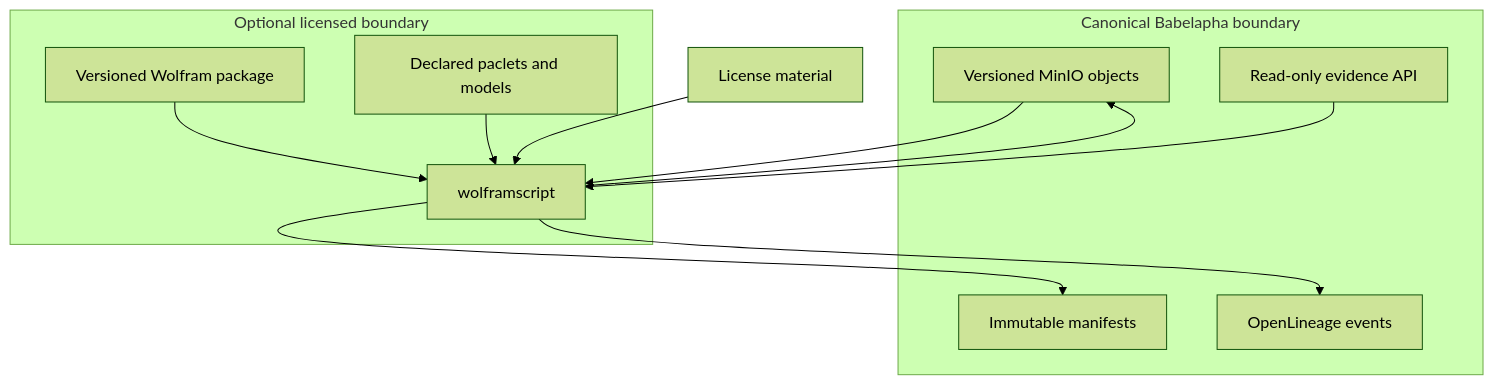
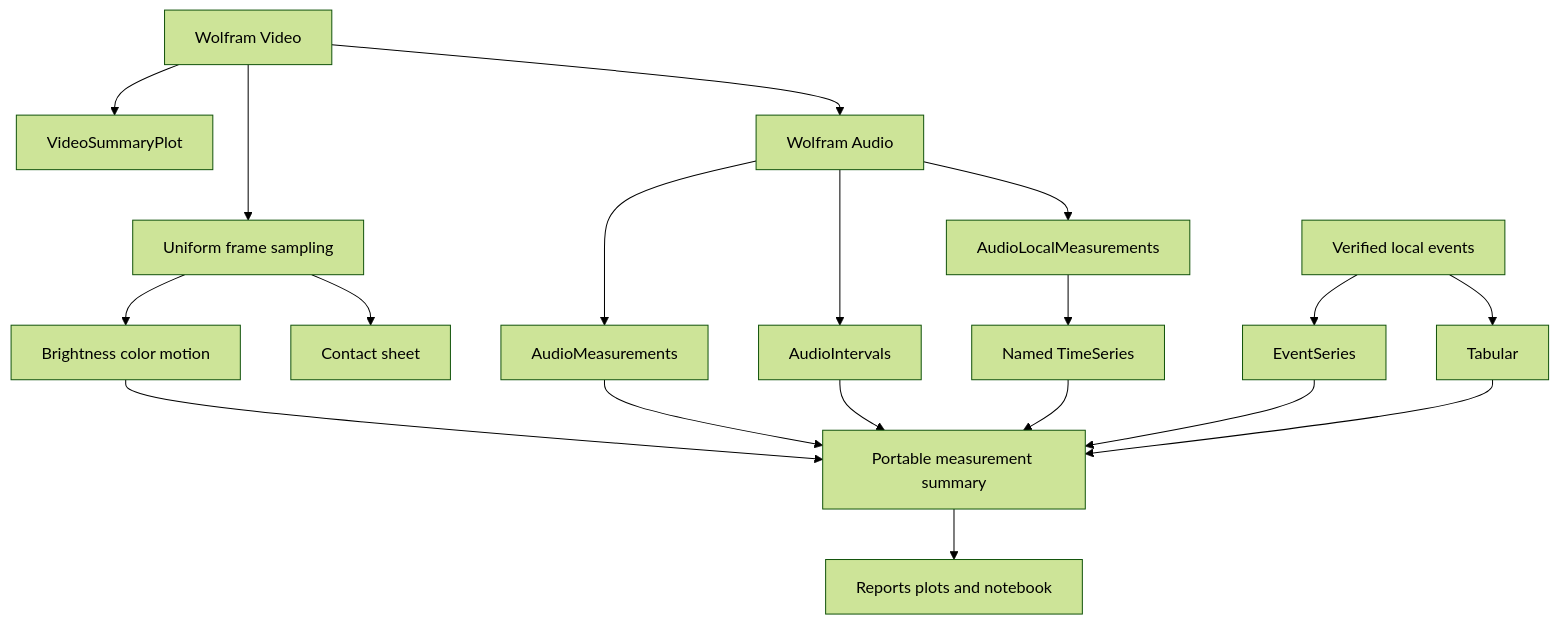
The second of 3 diagrams in Documentation/mathematica/architecture.md (KG-khangelani/babelapha), drawn with Mermaid (forest theme) before and after one commit. The commit also changed other lines of this file and 28 other files, not shown here.

````diff
--- a/Documentation/mathematica/architecture.md
+++ b/Documentation/mathematica/architecture.md
@@ -101,24 +52,21 @@
 ```mermaid
 flowchart TB
-    subgraph Canonical[Canonical Babelapha boundary]
-        MinIO[Versioned MinIO objects]
-        API[Read-only evidence API]
-        Manifests[Immutable manifests]
-        OL[OpenLineage events]
-    end
-
-    subgraph Wolfram[Optional licensed boundary]
-        WS[wolframscript]
-        WL[Versioned Wolfram package]
-        Models[Declared paclets and models]
-    end
-
-    Secrets[License material] --> WS
-    MinIO --> WS
-    API --> WS
-    WL --> WS
-    Models --> WS
-    WS --> MinIO
-    WS --> Manifests
-    WS --> OL
+    V[Wolfram Video] --> F[Uniform frame sampling]
+    F --> B[Brightness color motion]
+    F --> CS[Contact sheet]
+    V --> VS[VideoSummaryPlot]
+    V --> A[Wolfram Audio]
+    A --> AM[AudioMeasurements]
+    A --> AL[AudioLocalMeasurements]
+    A --> AI[AudioIntervals]
+    AL --> TS[Named TimeSeries]
+    E[Verified local events] --> ES[EventSeries]
+    E --> TB[Tabular]
+    B --> J[Portable measurement summary]
+    AM --> J
+    AI --> J
+    TS --> J
+    ES --> J
+    TB --> J
+    J --> R[Reports plots and notebook]
 ```
````
